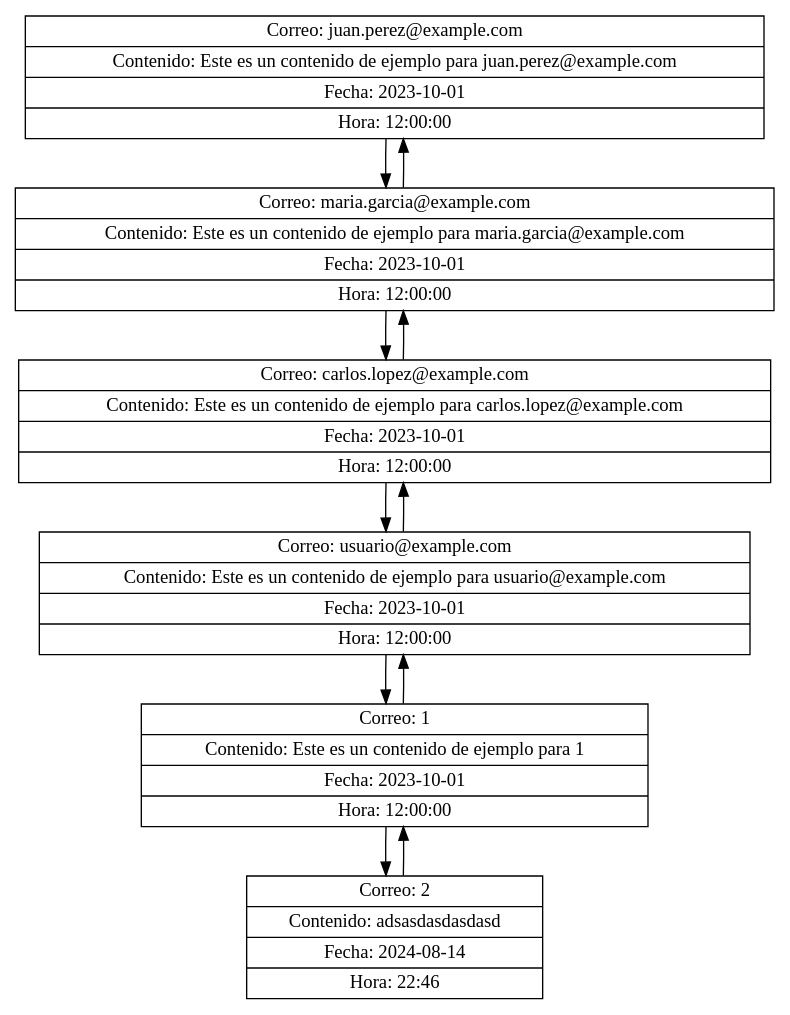
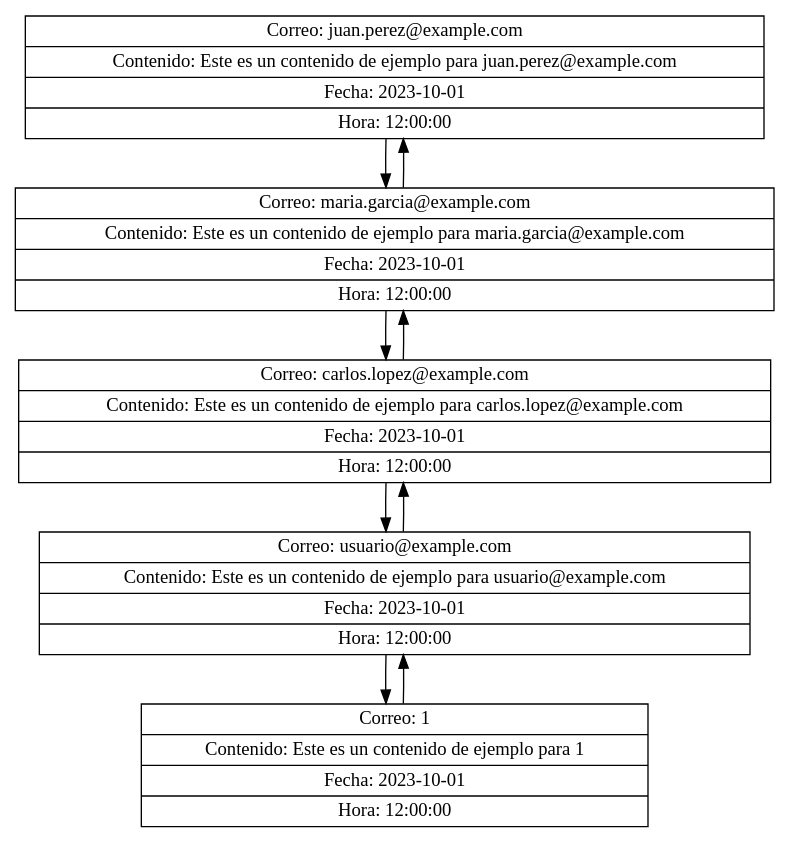
The diagram in Fase#1/cmake-build-debug/lista_doble_publicaciones.dot (LightDemon12/-EDD-PROYECTOS_202100215), drawn with Graphviz before and after one commit. The commit also changed 92 other files, not shown here.

```diff
--- a/Fase#1/cmake-build-debug/lista_doble_publicaciones.dot
+++ b/Fase#1/cmake-build-debug/lista_doble_publicaciones.dot
@@ -1,19 +1,16 @@
 digraph G {
 node [shape=record];
 node0 [label="{Correo: juan.perez@example.com | Contenido: Este es un contenido de ejemplo para juan.perez@example.com | Fecha: 2023-10-01 | Hora: 12:00:00}"];
 node1 [label="{Correo: maria.garcia@example.com | Contenido: Este es un contenido de ejemplo para maria.garcia@example.com | Fecha: 2023-10-01 | Hora: 12:00:00}"];
 node2 [label="{Correo: carlos.lopez@example.com | Contenido: Este es un contenido de ejemplo para carlos.lopez@example.com | Fecha: 2023-10-01 | Hora: 12:00:00}"];
 node3 [label="{Correo: usuario@example.com | Contenido: Este es un contenido de ejemplo para usuario@example.com | Fecha: 2023-10-01 | Hora: 12:00:00}"];
 node4 [label="{Correo: 1 | Contenido: Este es un contenido de ejemplo para 1 | Fecha: 2023-10-01 | Hora: 12:00:00}"];
-node5 [label="{Correo: 2 | Contenido: adsasdasdasdasd | Fecha: 2024-08-14 | Hora: 22:46}"];
 node0 -> node1;
 node1 -> node0;
 node1 -> node2;
 node2 -> node1;
 node2 -> node3;
 node3 -> node2;
 node3 -> node4;
 node4 -> node3;
-node4 -> node5;
-node5 -> node4;
 }
```
